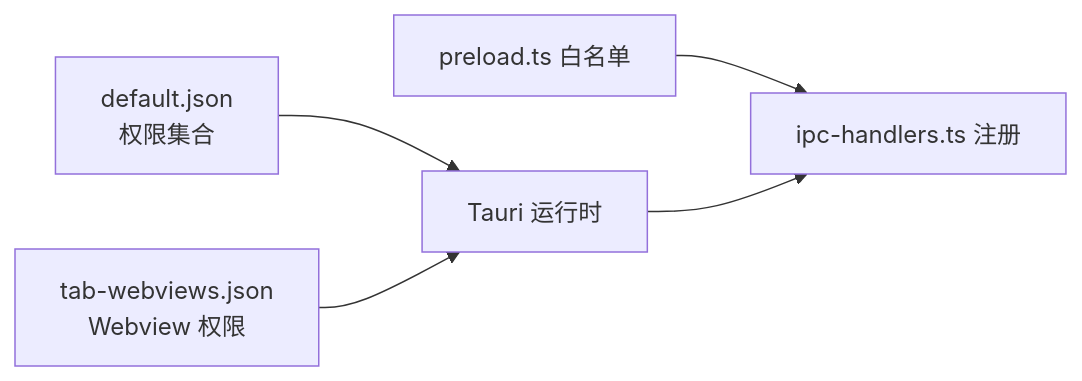
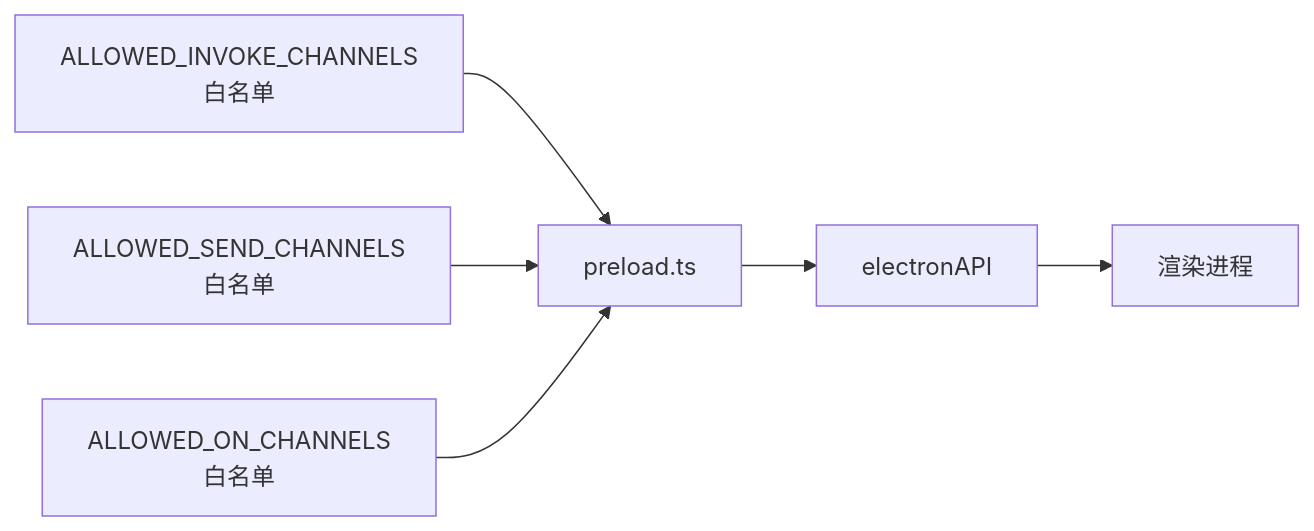
One commit to baike08/cosurf changed the fourth of 8 diagrams in .qoder/repowiki/zh/content/IPC 通信/Tauri IPC 机制.md. Above: the diagram before and after it, drawn with Mermaid. The commit also changed other lines of this file and 15 other files, not shown here.

````diff
--- a/.qoder/repowiki/zh/content/IPC 通信/Tauri IPC 机制.md
+++ b/.qoder/repowiki/zh/content/IPC 通信/Tauri IPC 机制.md
@@ -214,7 +186,8 @@
 ```mermaid
 graph LR
-CAP_DEFAULT["default.json<br/>权限集合"] --> Tauri_RUN["Tauri 运行时"]
-CAP_TAB["tab-webviews.json<br/>Webview 权限"] --> Tauri_RUN
-PRELOAD["preload.ts 白名单"] --> E_HANDLERS["ipc-handlers.ts 注册"]
-Tauri_RUN --> E_HANDLERS
+ALLOWED_INVOKE["ALLOWED_INVOKE_CHANNELS<br/>白名单"] --> PRELOAD["preload.ts"]
+ALLOWED_SEND["ALLOWED_SEND_CHANNELS<br/>白名单"] --> PRELOAD
+ALLOWED_ON["ALLOWED_ON_CHANNELS<br/>白名单"] --> PRELOAD
+PRELOAD --> ELECTRON_API["electronAPI"]
+ELECTRON_API --> RENDERER["渲染进程"]
 ```
````
